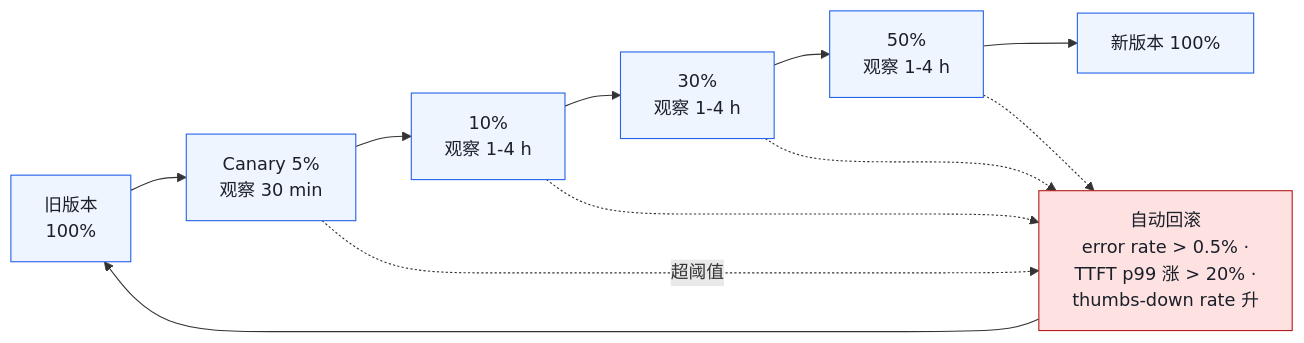
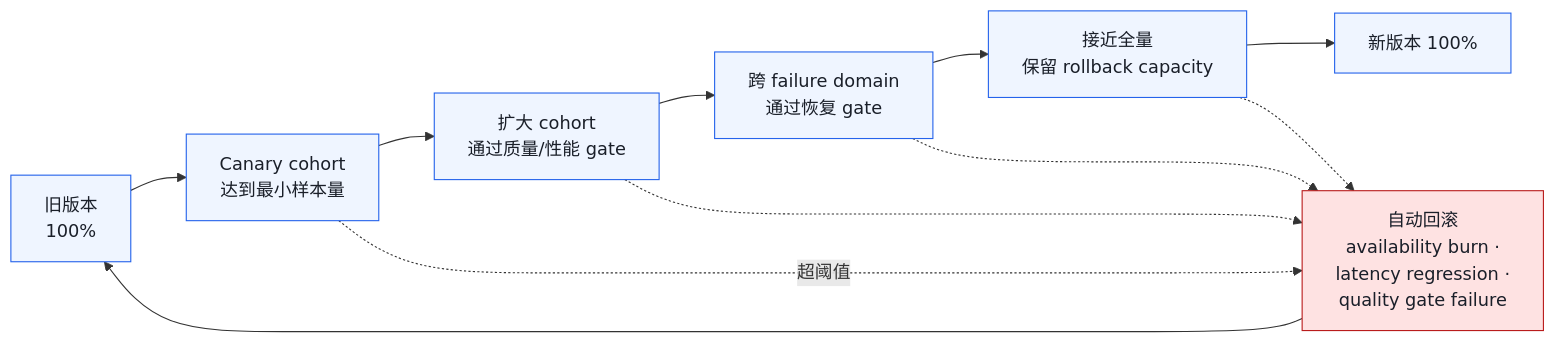
One commit to jwzheng96/vllm-learning-book changed the second of 2 diagrams in 08-production-deployment/06-reliability-and-failure-modes.md. Above: the diagram before and after it, drawn with Mermaid. The commit also changed other lines of this file and 31 other files, not shown here.

````diff
--- a/08-production-deployment/06-reliability-and-failure-modes.md
+++ b/08-production-deployment/06-reliability-and-failure-modes.md
@@ -227,22 +229,22 @@
 ```mermaid
 flowchart LR
     S0["旧版本<br/>100%"]
-    S1["Canary 5%<br/>观察 30 min"]
-    S2["10%<br/>观察 1-4 h"]
-    S3["30%<br/>观察 1-4 h"]
-    S4["50%<br/>观察 1-4 h"]
+    S1["Canary cohort<br/>达到最小样本量"]
+    S2["扩大 cohort<br/>通过质量/性能 gate"]
+    S3["跨 failure domain<br/>通过恢复 gate"]
+    S4["接近全量<br/>保留 rollback capacity"]
     S5["新版本 100%"]
-    Rollback["自动回滚<br/>error rate > 0.5% ·<br/>TTFT p99 涨 > 20% ·<br/>thumbs-down rate 升"]
+    Rollback["自动回滚<br/>availability burn ·<br/>latency regression ·<br/>quality gate failure"]
 
     S0 --> S1 --> S2 --> S3 --> S4 --> S5
     S1 -.->|超阈值| Rollback
     S2 -.-> Rollback
     S3 -.-> Rollback
     S4 -.-> Rollback
     Rollback --> S0
 
     classDef stage fill:#eff5ff,stroke:#2563eb,color:#1a1f29;
     classDef bad   fill:#fee2e2,stroke:#b91c1c,color:#1a1f29;
     class S0,S1,S2,S3,S4,S5 stage;
     class Rollback bad;
 ```
````
